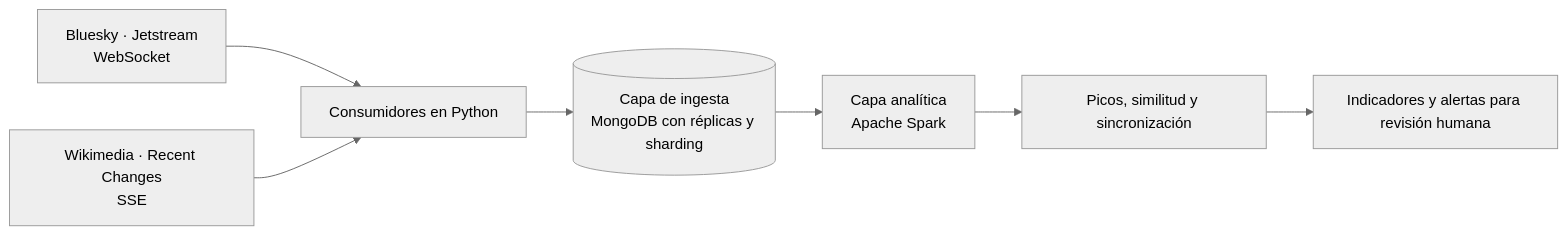
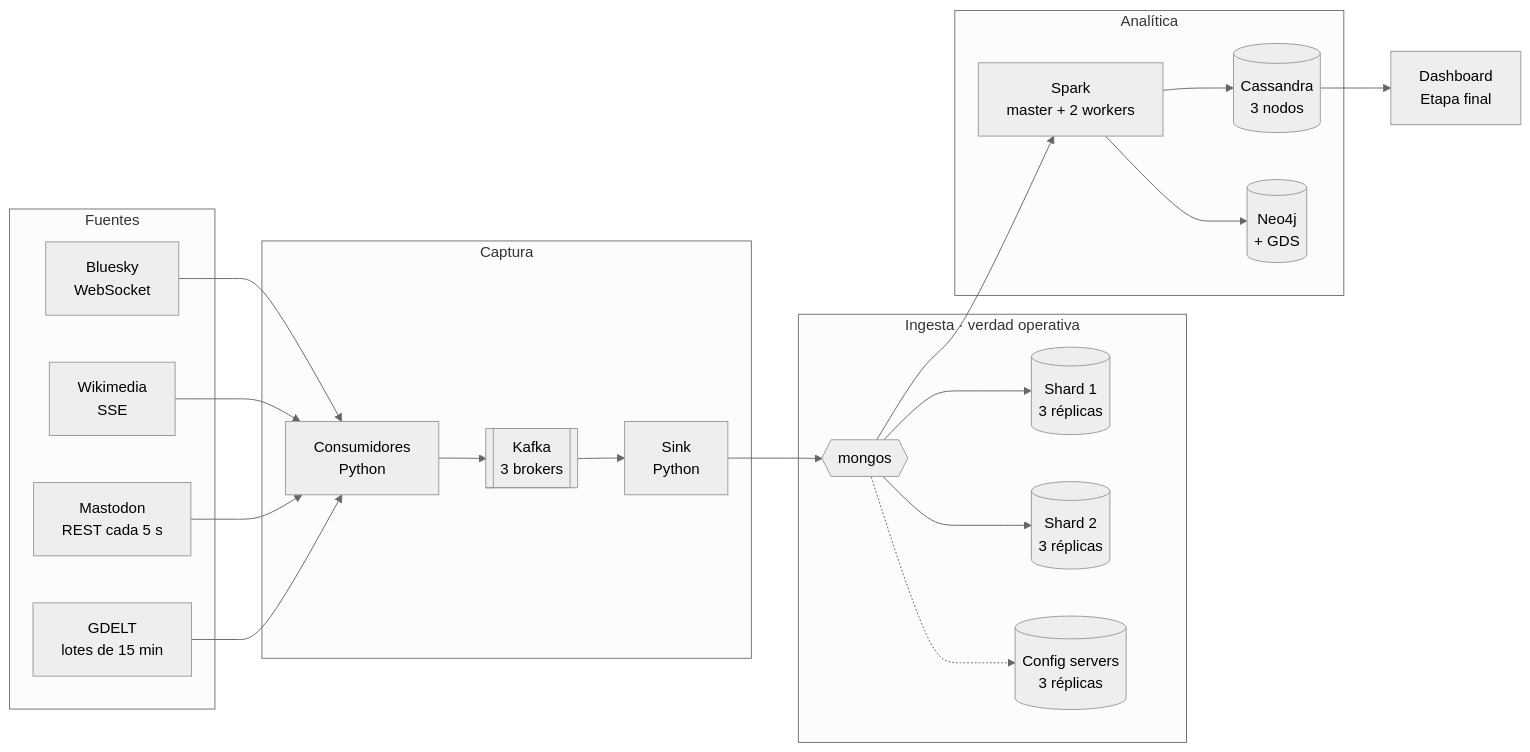
Before and after one commit to E6-BDNR/TruthWatch: the diagram in README.md, drawn with Mermaid (neutral theme). The commit also changed other lines of this file and 1 other file, not shown here.

Commit message:
docs: documentar la infraestructura de la etapa 2 y las nuevas fuentes

````diff
--- a/README.md
+++ b/README.md
@@ -255,9 +375,32 @@
 ```mermaid
 flowchart LR
-    B[Bluesky · Jetstream<br/>WebSocket] --> C[Consumidores en Python]
-    W[Wikimedia · Recent Changes<br/>SSE] --> C
-    C --> D[(Capa de ingesta<br/>MongoDB con réplicas y sharding)]
-    D --> P[Capa analítica<br/>Apache Spark]
-    P --> A[Picos, similitud y sincronización]
-    A --> V[Indicadores y alertas para revisión humana]
+    subgraph Fuentes
+        B[Bluesky<br/>WebSocket]
+        W[Wikimedia<br/>SSE]
+        M[Mastodon<br/>REST cada 5 s]
+        G[GDELT<br/>lotes de 15 min]
+    end
+    subgraph Captura
+        C[Consumidores<br/>Python]
+        K[[Kafka<br/>3 brokers]]
+        S[Sink<br/>Python]
+    end
+    subgraph Ingesta["Ingesta · verdad operativa"]
+        R{{mongos}}
+        S1[(Shard 1<br/>3 réplicas)]
+        S2[(Shard 2<br/>3 réplicas)]
+        CF[(Config servers<br/>3 réplicas)]
+    end
+    subgraph Analítica
+        SP[Spark<br/>master + 2 workers]
+        CA[(Cassandra<br/>3 nodos)]
+        N[(Neo4j<br/>+ GDS)]
+    end
+    B & W & M & G --> C --> K --> S --> R
+    R --> S1 & S2
+    R -.-> CF
+    R --> SP
+    SP --> CA
+    SP --> N
+    CA --> V[Dashboard<br/>Etapa final]
 ```
````
